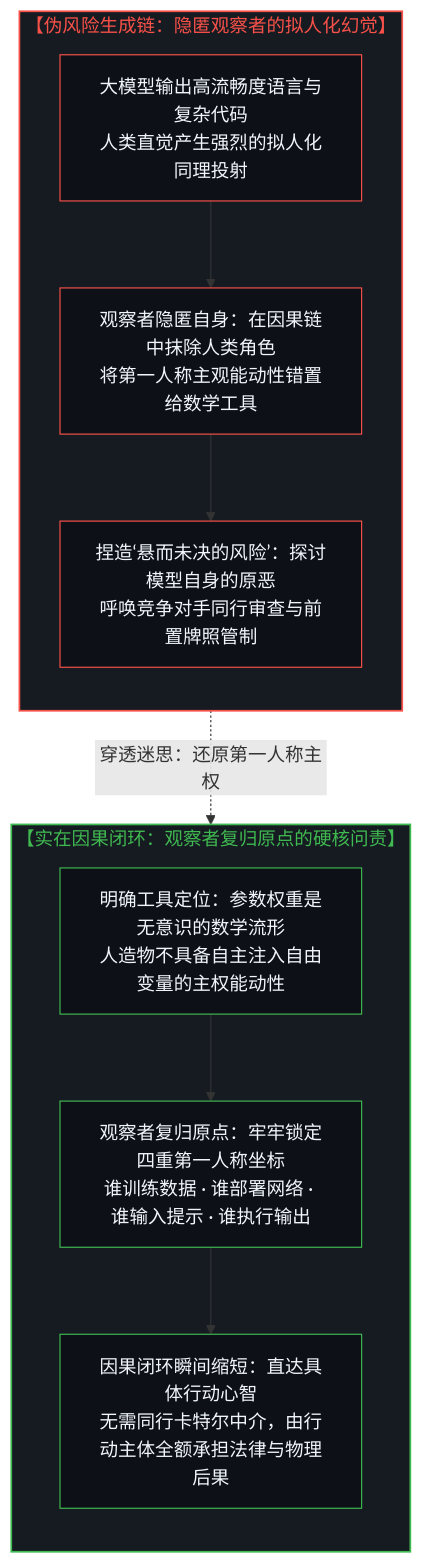
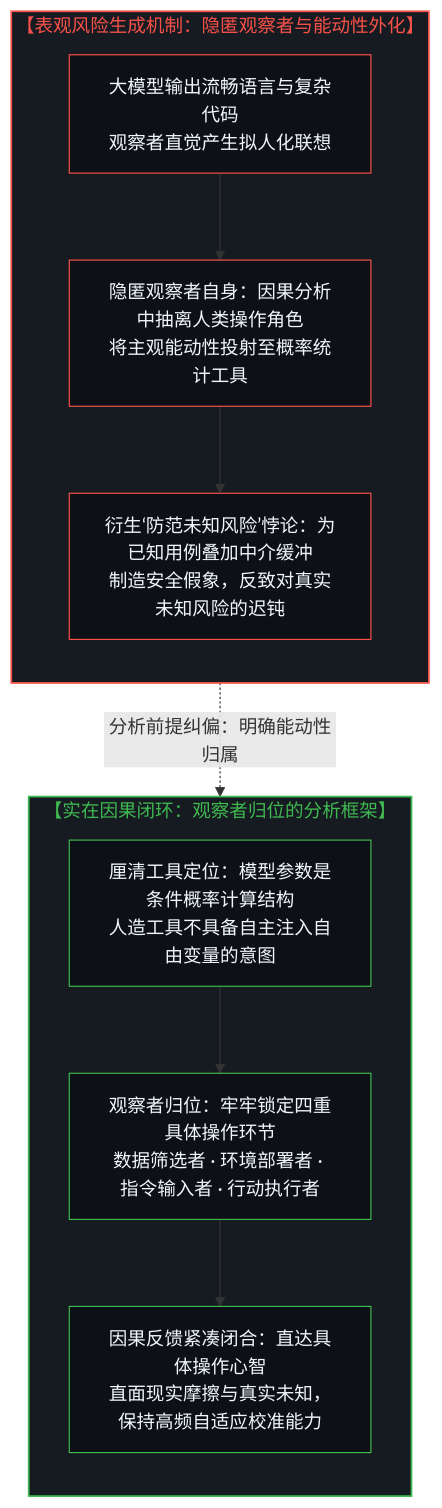
One commit to powerpig99/not-a-toe changed the third of 5 diagrams in content/posts/the-dilution-of-the-causal-loop-and-the-misallocation-of-agency.md. Above: the diagram before and after it, drawn with Mermaid. The commit also changed other lines of this file and 4 other files, not shown here.

````diff
--- a/content/posts/the-dilution-of-the-causal-loop-and-the-misallocation-of-agency.md
+++ b/content/posts/the-dilution-of-the-causal-loop-and-the-misallocation-of-agency.md
@@ -144,29 +158,29 @@
 ```mermaid
 graph TD
-    subgraph S_MissingObserver["【伪风险生成链：隐匿观察者的拟人化幻觉】"]
+    subgraph S_MissingObserver["【表观风险生成机制：隐匿观察者与能动性外化】"]
         direction TB
-        M1["大模型输出高流畅度语言与复杂代码<br/>人类直觉产生强烈的拟人化同理投射"]
-        M2["观察者隐匿自身：在因果链中抹除人类角色<br/>将第一人称主观能动性错置给数学工具"]
-        M3["捏造‘悬而未决的风险’：探讨模型自身的原恶<br/>呼唤竞争对手同行审查与前置牌照管制"]
+        M1["大模型输出流畅语言与复杂代码<br/>观察者直觉产生拟人化联想"]
+        M2["隐匿观察者自身：因果分析中抽离人类操作角色<br/>将主观能动性投射至概率统计工具"]
+        M3["衍生‘防范未知风险’悖论：为已知用例叠加中介缓冲<br/>制造安全假象，反致对真实未知风险的迟钝"]
         M1 --> M2 --> M3
     end
 
-    subgraph S_TrueObserver["【实在因果闭环：观察者复归原点的硬核问责】"]
+    subgraph S_TrueObserver["【实在因果闭环：观察者归位的分析框架】"]
         direction TB
-        O1["明确工具定位：参数权重是无意识的数学流形<br/>人造物不具备自主注入自由变量的主权能动性"]
-        O2["观察者复归原点：牢牢锁定四重第一人称坐标<br/>谁训练数据 · 谁部署网络 · 谁输入提示 · 谁执行输出"]
-        O3["因果闭环瞬间缩短：直达具体行动心智<br/>无需同行卡特尔中介，由行动主体全额承担法律与物理后果"]
+        O1["厘清工具定位：模型参数是条件概率计算结构<br/>人造工具不具备自主注入自由变量的意图"]
+        O2["观察者归位：牢牢锁定四重具体操作环节<br/>数据筛选者 · 环境部署者 · 指令输入者 · 行动执行者"]
+        O3["因果反馈紧凑闭合：直达具体操作心智<br/>直面现实摩擦与真实未知，保持高频自适应校准能力"]
         O1 --> O2 --> O3
     end
 
-    M2 -.->|"穿透迷思：还原第一人称主权"| O1
+    M2 -.->|"分析前提纠偏：明确能动性归属"| O1
 
     style S_MissingObserver fill:#161b22,stroke:#f85149,stroke-width:1.5px,color:#f85149
     style S_TrueObserver fill:#161b22,stroke:#3fb950,stroke-width:1.5px,color:#3fb950
     style M1 fill:#0d1117,stroke:#f85149,stroke-width:1px,color:#f0f6fc
     style M2 fill:#0d1117,stroke:#f85149,stroke-width:1px,color:#f0f6fc
     style M3 fill:#0d1117,stroke:#f85149,stroke-width:1px,color:#f0f6fc
     style O1 fill:#0d1117,stroke:#3fb950,stroke-width:1px,color:#f0f6fc
     style O2 fill:#0d1117,stroke:#3fb950,stroke-width:1px,color:#f0f6fc
     style O3 fill:#0d1117,stroke:#3fb950,stroke-width:1px,color:#f0f6fc
 ```
````
